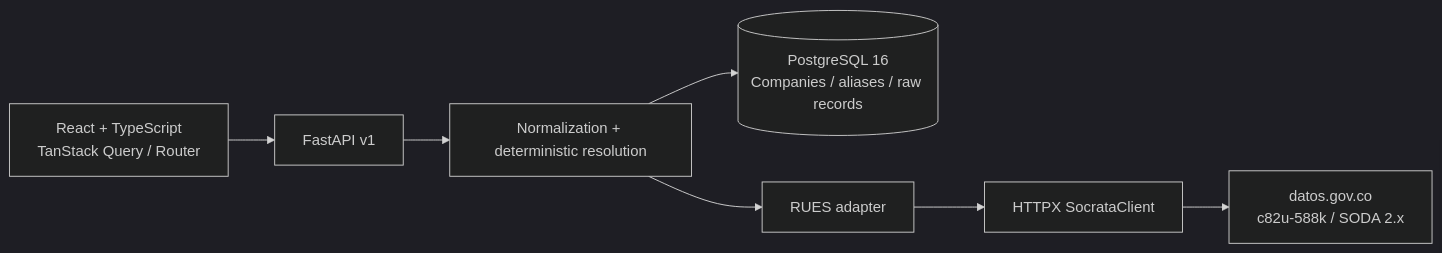
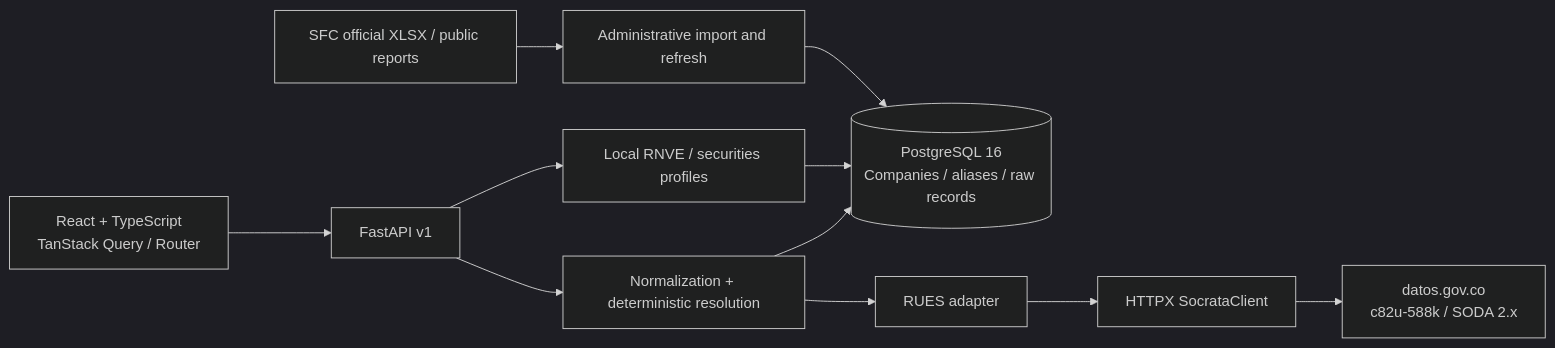
The diagram in README.md (molartep/colombia-company-intelligence), drawn with Mermaid (dark theme) before and after one commit. The commit also changed other lines of this file and 40 other files, not shown here.

Commit message:
Implement Phase 2 capital markets intelligence with SFC evidence

````diff
--- a/README.md
+++ b/README.md
@@ -17,9 +23,13 @@
 ```mermaid
 flowchart LR
     Browser[React + TypeScript\nTanStack Query / Router] --> API[FastAPI v1]
+    API --> Markets[Local RNVE / securities profiles]
+    Reports[SFC official XLSX / public reports] --> Admin[Administrative import and refresh]
+    Admin --> DB
+    Markets --> DB
     API --> Service[Normalization + deterministic resolution]
     Service --> DB[(PostgreSQL 16\nCompanies / aliases / raw records)]
     Service --> Adapter[RUES adapter]
     Adapter --> Client[HTTPX SocrataClient]
     Client --> RUES[datos.gov.co\nc82u-588k / SODA 2.x]
 ```
````
